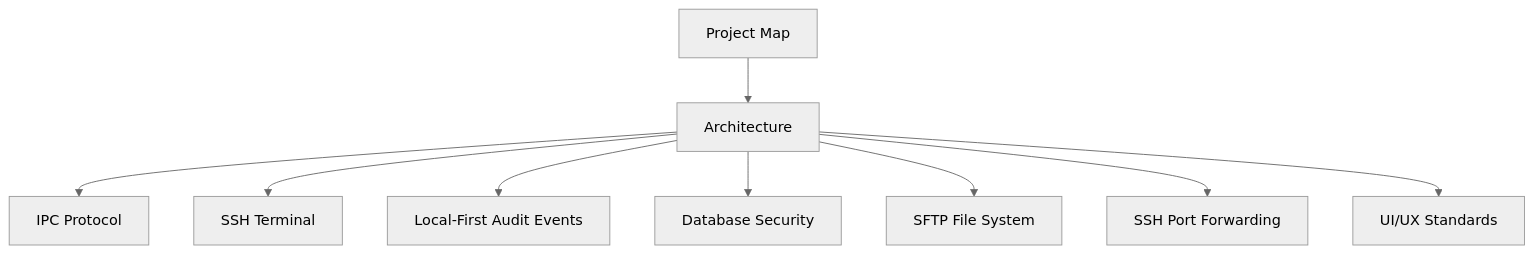
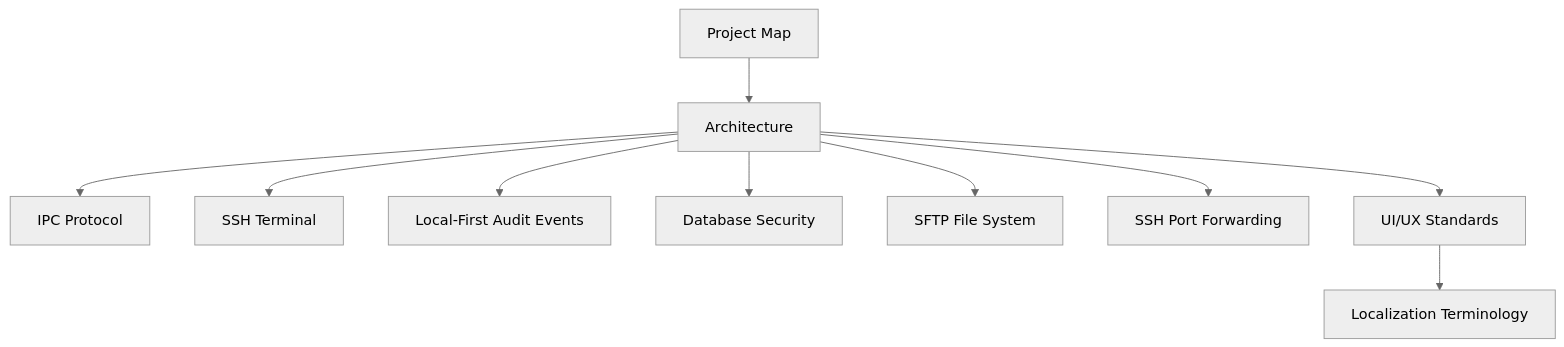
Before and after one commit to XYZ1024-alt/Cosmosh: the diagram in docs/developer/index.md, drawn with Mermaid (neutral theme). The commit also changed other lines of this file and 7 other files, not shown here.

Commit message:
docs(i18n): add localization terminology guide

````diff
--- a/docs/developer/index.md
+++ b/docs/developer/index.md
@@ -7,11 +7,12 @@
 ```mermaid
 flowchart TD
   A[Project Map] --> B[Architecture]
   B --> C[IPC Protocol]
   B --> D[SSH Terminal]
   B --> H[Local-First Audit Events]
   B --> G[Database Security]
   B --> E[SFTP File System]
   B --> I[SSH Port Forwarding]
   B --> F[UI/UX Standards]
+  F --> J[Localization Terminology]
 ```
````
